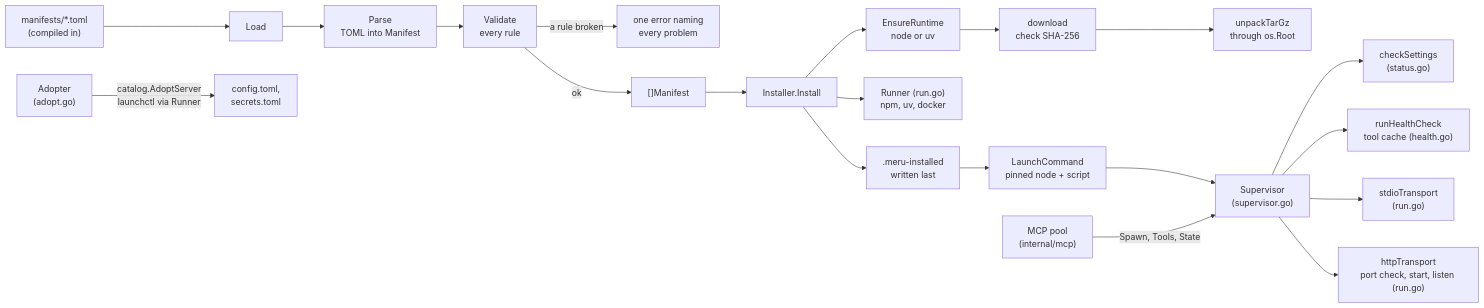
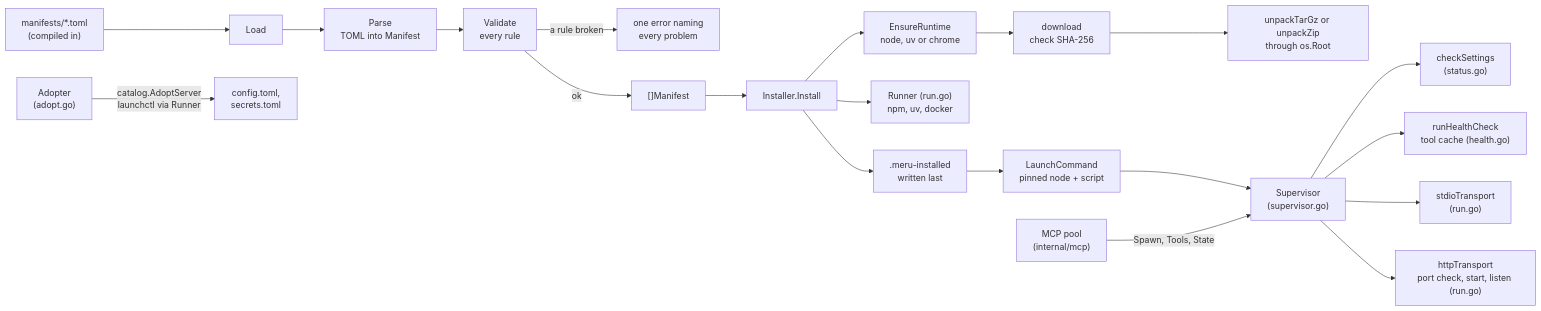
The first of 2 diagrams in docs/coding-notes/connectors.md (aarora79/meru), drawn with Mermaid before and after one commit. The commit also changed other lines of this file and 70 other files, not shown here.

````diff
--- a/docs/coding-notes/connectors.md
+++ b/docs/coding-notes/connectors.md
@@ -56,22 +56,22 @@
 ```mermaid
 flowchart LR
     files["manifests/*.toml<br/>(compiled in)"] --> load["Load"]
     load --> parse["Parse<br/>TOML into Manifest"]
     parse --> validate["Validate<br/>every rule"]
     validate -- "a rule broken" --> err["one error naming<br/>every problem"]
     validate -- ok --> list["[]Manifest"]
     list --> install["Installer.Install"]
-    install --> ensure["EnsureRuntime<br/>node or uv"]
+    install --> ensure["EnsureRuntime<br/>node, uv or chrome"]
     ensure --> dl["download<br/>check SHA-256"]
-    dl --> unpack["unpackTarGz<br/>through os.Root"]
+    dl --> unpack["unpackTarGz or unpackZip<br/>through os.Root"]
     install --> run["Runner (run.go)<br/>npm, uv, docker"]
     install --> marker[".meru-installed<br/>written last"]
     marker --> launch["LaunchCommand<br/>pinned node + script"]
     launch --> sup["Supervisor<br/>(supervisor.go)"]
     sup --> check["checkSettings<br/>(status.go)"]
     sup --> health["runHealthCheck<br/>tool cache (health.go)"]
     sup --> stdio["stdioTransport<br/>(run.go)"]
     sup --> http["httpTransport<br/>port check, start, listen (run.go)"]
     pool["MCP pool<br/>(internal/mcp)"] -- "Spawn, Tools, State" --> sup
     adopt["Adopter<br/>(adopt.go)"] -- "catalog.AdoptServer<br/>launchctl via Runner" --> cfg["config.toml,<br/>secrets.toml"]
 ```
````
